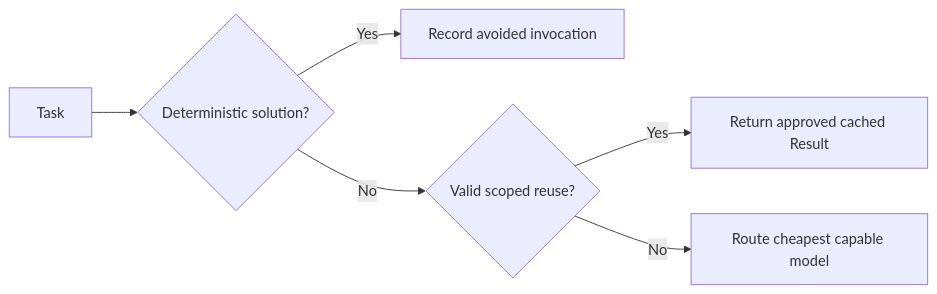
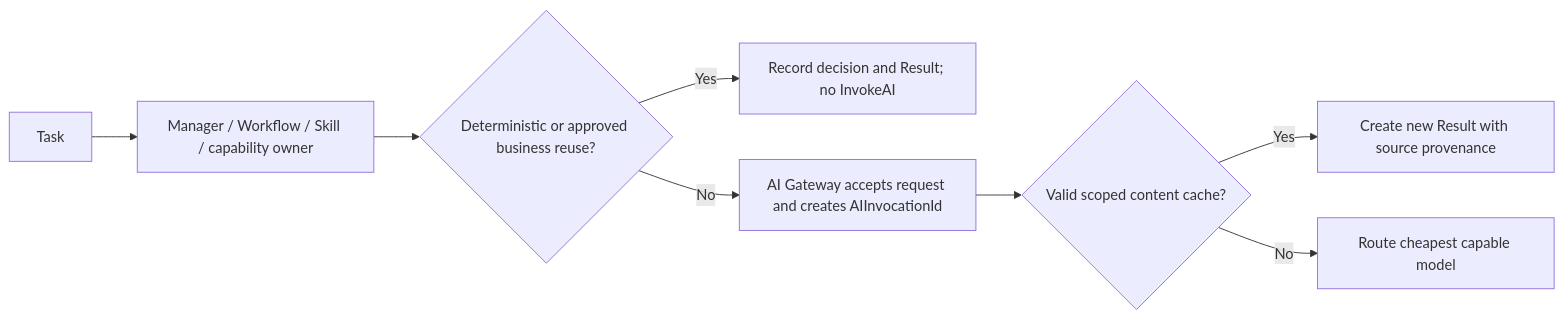
One commit to mayurbhavsar04/AIEOS changed the second of 4 diagrams in docs/architecture/ModelRoutingAndBudgeting.md. Above: the diagram before and after it, drawn with Mermaid. The commit also changed other lines of this file and 10 other files, not shown here.

````diff
--- a/docs/architecture/ModelRoutingAndBudgeting.md
+++ b/docs/architecture/ModelRoutingAndBudgeting.md
@@ -53,8 +55,10 @@
 ```mermaid
 flowchart LR
-    TASK["Task"] --> DET{"Deterministic solution?"}
-    DET -->|"Yes"| AVOID["Record avoided invocation"]
-    DET -->|"No"| CACHE{"Valid scoped reuse?"}
-    CACHE -->|"Yes"| HIT["Return approved cached Result"]
+    TASK["Task"] --> OWNER["Manager / Workflow / Skill / capability owner"]
+    OWNER --> DET{"Deterministic or approved business reuse?"}
+    DET -->|"Yes"| AVOID["Record decision and Result; no InvokeAI"]
+    DET -->|"No"| GATE["AI Gateway accepts request and creates AIInvocationId"]
+    GATE --> CACHE{"Valid scoped content cache?"}
+    CACHE -->|"Yes"| HIT["Create new Result with source provenance"]
     CACHE -->|"No"| MODEL["Route cheapest capable model"]
 ```
````
